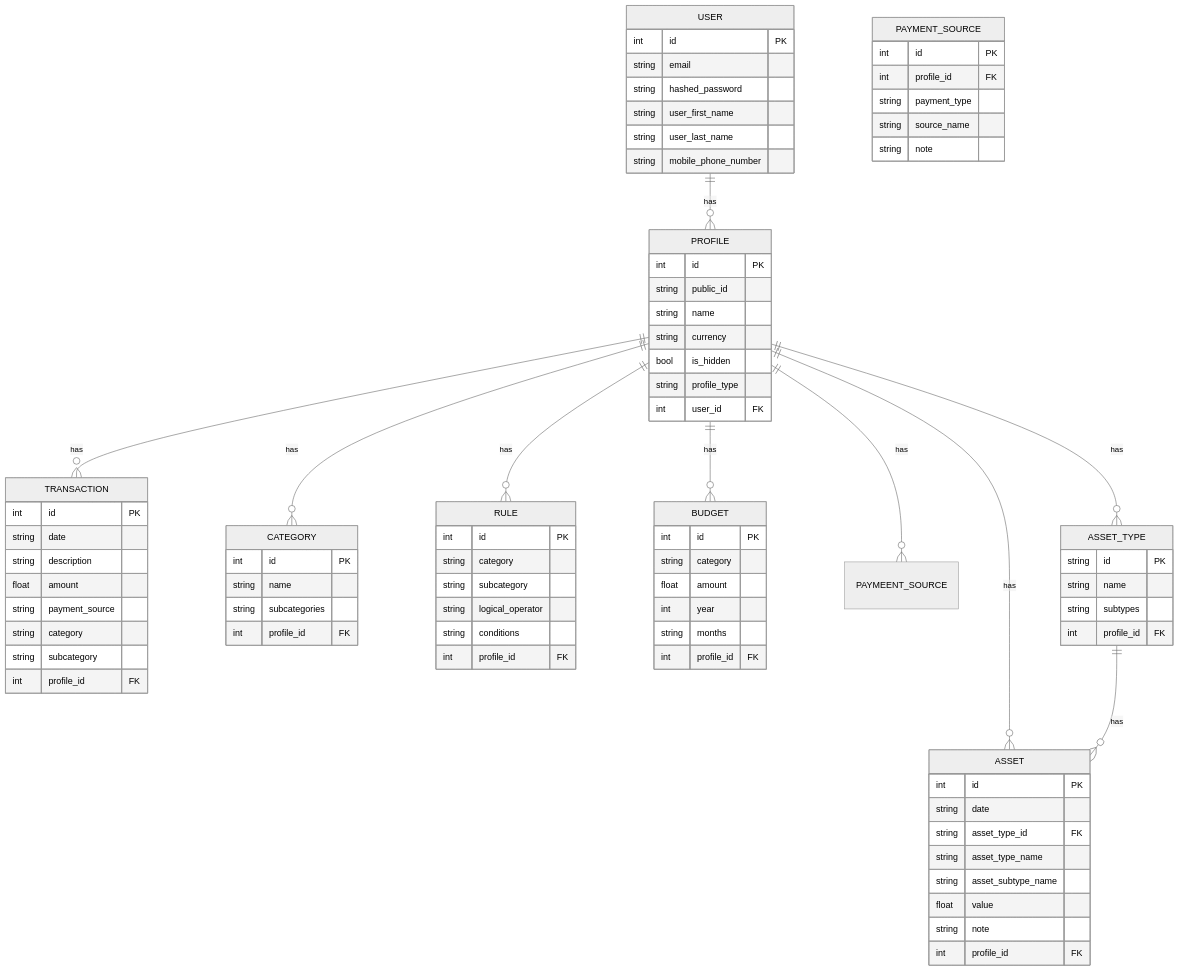
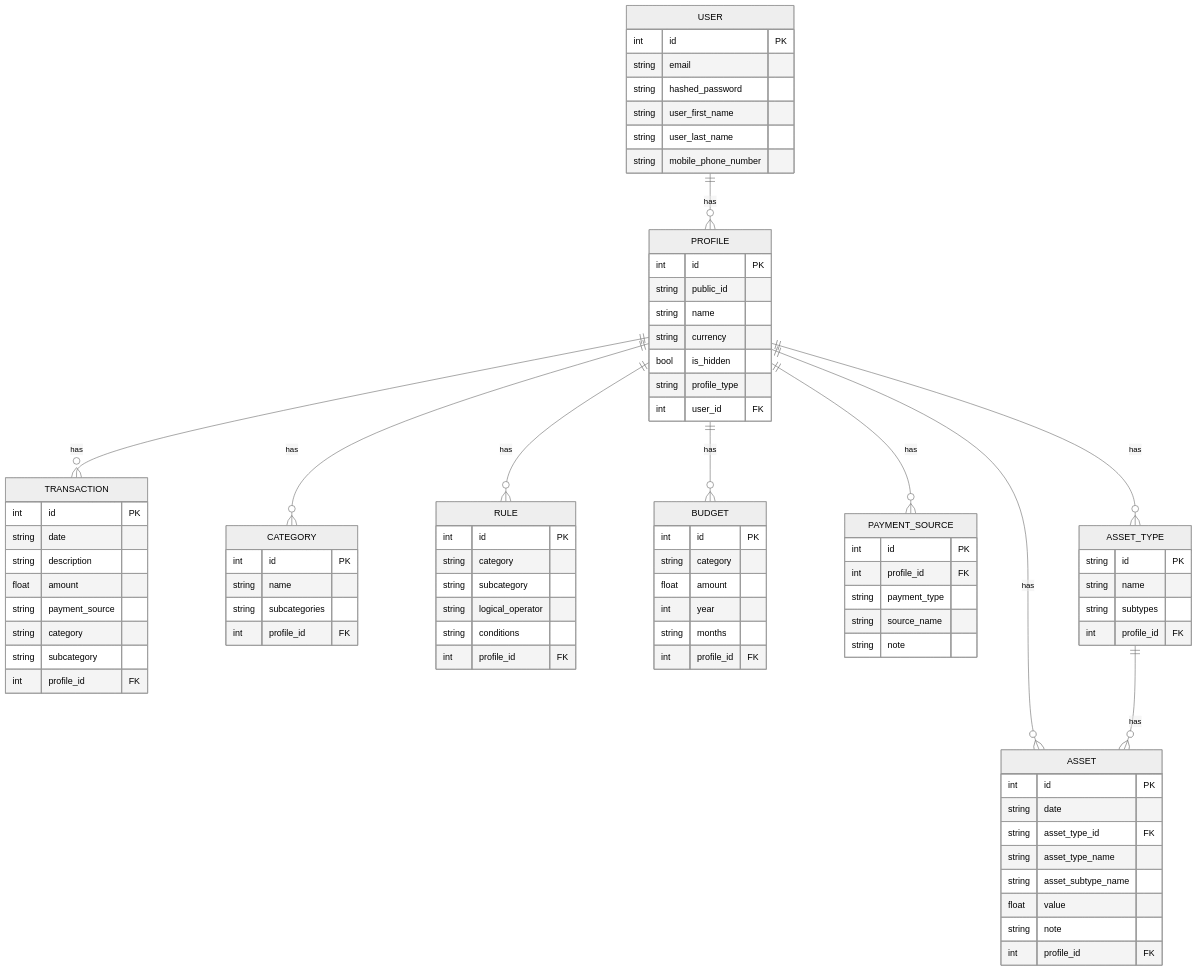
One commit to Pratyush576/expense_tracker_ui changed the third of 3 diagrams in docs/ARCHITECTURE.md. Above: the diagram before and after it, drawn with Mermaid (neutral theme). The commit also changed other lines of this file and 3 other files, not shown here.

First line of the commit message:
docs: update ARCHITECTURE.md and README.md

```diff
--- a/docs/ARCHITECTURE.md
+++ b/docs/ARCHITECTURE.md
@@ -163,7 +167,7 @@
     PROFILE ||--o{ CATEGORY : has
     PROFILE ||--o{ RULE : has
     PROFILE ||--o{ BUDGET : has
-    PROFILE ||--o{ PAYMEENT_SOURCE : has
+    PROFILE ||--o{ PAYMENT_SOURCE : has
     PROFILE ||--o{ ASSET_TYPE : has
     PROFILE ||--o{ ASSET : has
     ASSET_TYPE ||--o{ ASSET : has
```
